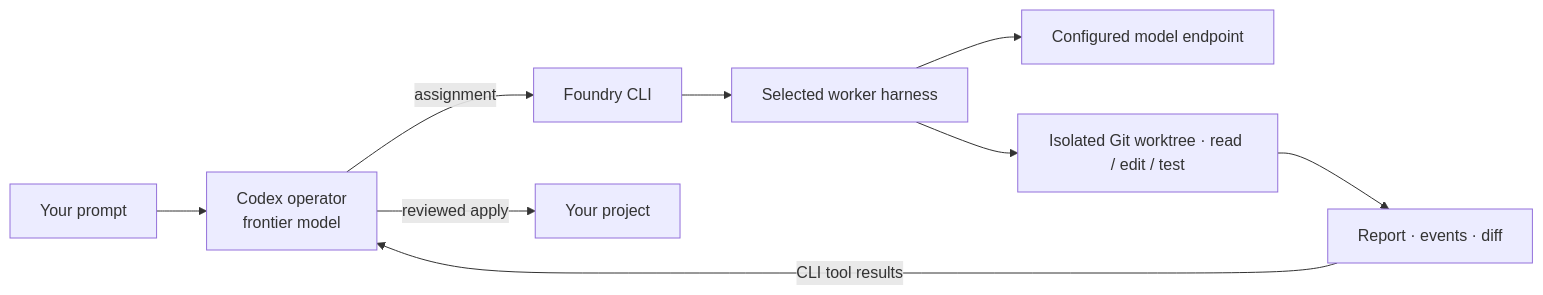
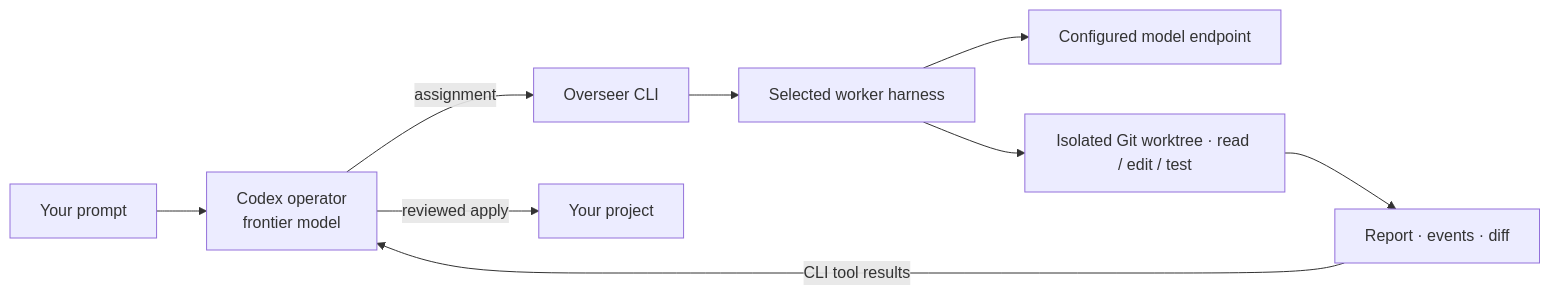
Before and after one commit to Nick5893/overseer: the diagram in README.md, drawn with Mermaid. The commit also changed other lines of this file and 17 other files, not shown here.

Commit message:
Rename Frontier Foundry to Overseer and add project branding

````diff
--- a/README.md
+++ b/README.md
@@ -13,11 +17,11 @@
 ```mermaid
 flowchart LR
     U[Your prompt] --> O[Codex operator\nfrontier model]
-    O -->|assignment| F[Foundry CLI]
+    O -->|assignment| F[Overseer CLI]
     F --> H[Selected worker harness]
     H --> L[Configured model endpoint]
     H --> W[Isolated Git worktree · read / edit / test]
     W --> R[Report · events · diff]
     R -->|CLI tool results| O
     O -->|reviewed apply| G[Your project]
 ```
````
